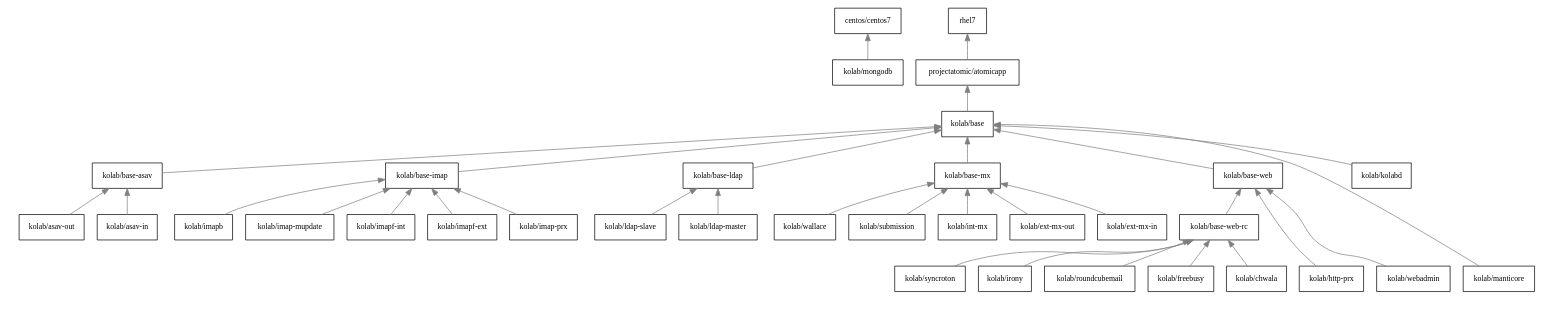
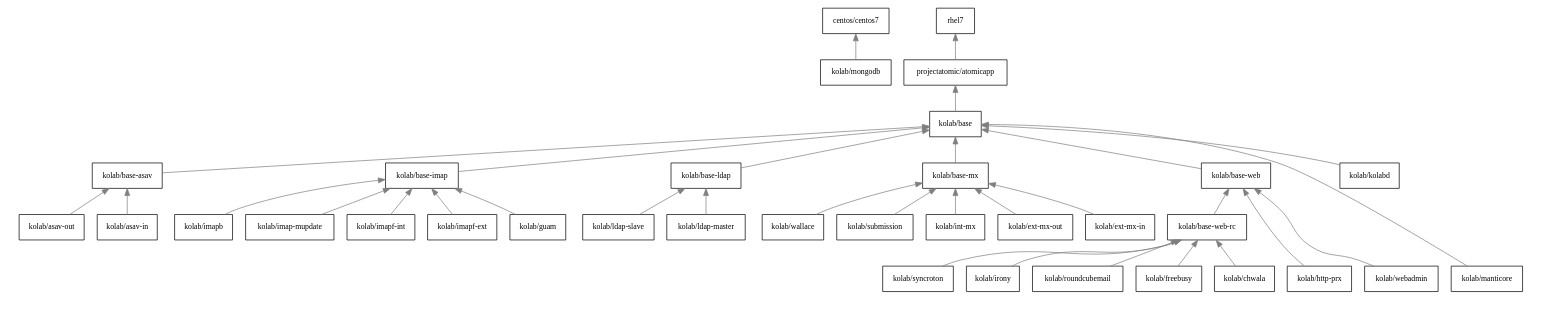
The first of 2 diagrams in docs/index.rst (kanarip/kolab-atomicapp), drawn with Graphviz before and after one commit. The commit also changed other lines of this file, not shown here.

Commit message:
Rename imap-prx to guam

```diff
--- a/docs/index.rst
+++ b/docs/index.rst
@@ -41,7 +41,7 @@
             subgraph cluster_imap {
                     color = white;
 
-                    "kolab/imap-prx";
+                    "kolab/guam";
                     "kolab/imapf-ext";
                     "kolab/imapf-int";
                     "kolab/imap-mupdate";
@@ -97,7 +97,7 @@
                     "kolab/asav-out" [dir=back];
 
             "kolab/base-imap" ->
-                    "kolab/imap-prx",
+                    "kolab/guam",
                     "kolab/imapf-int",
                     "kolab/imapf-ext",
                     "kolab/imap-mupdate",
```
